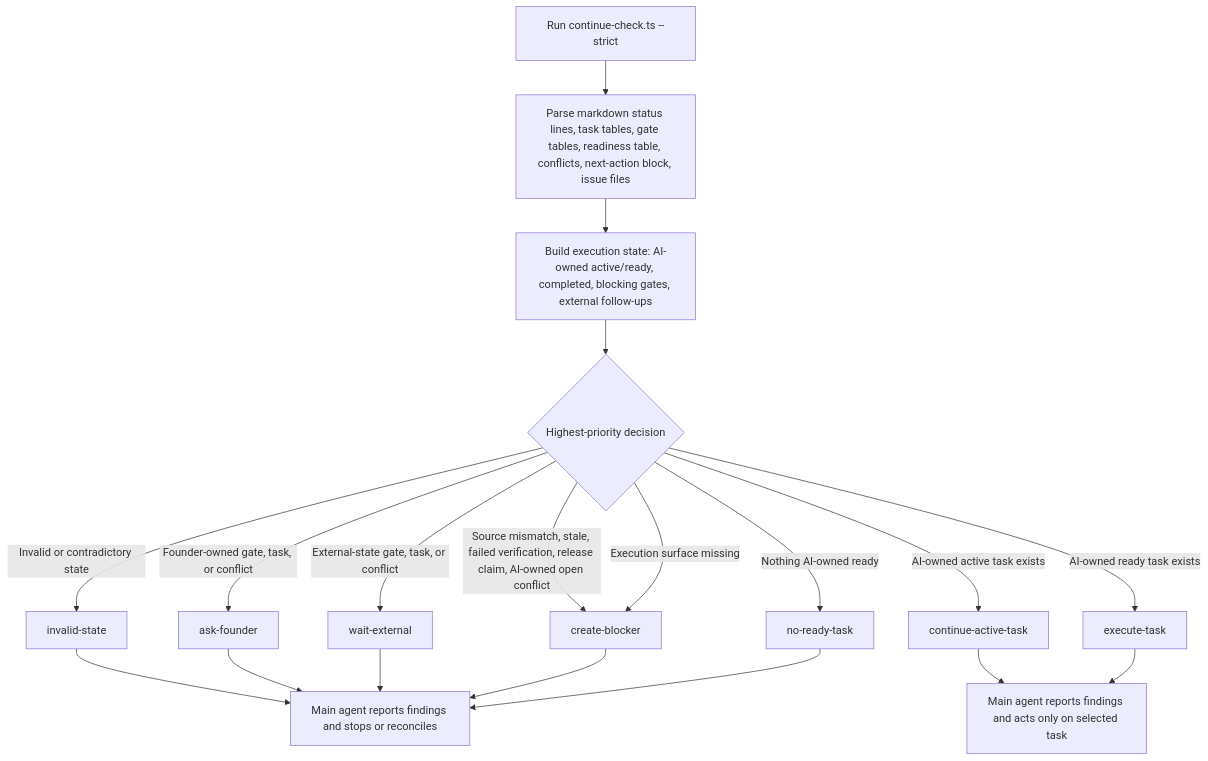
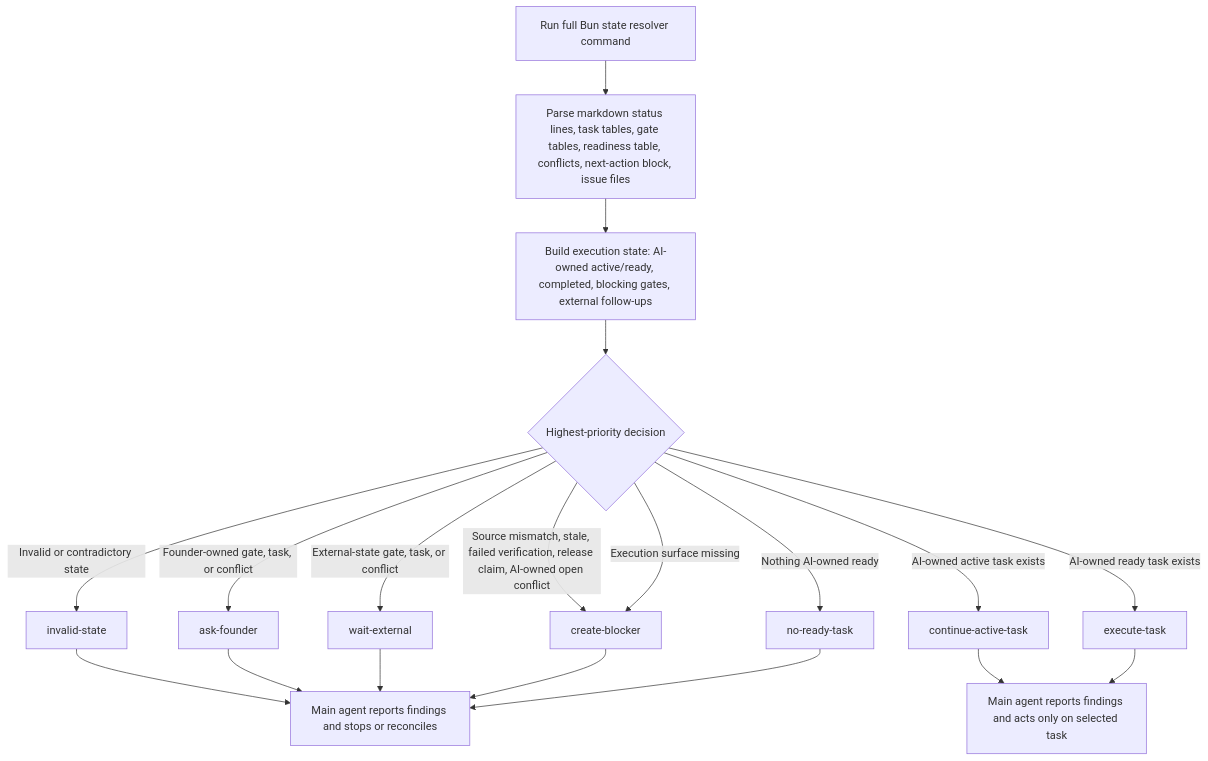
Diagram 11 of 12 in docs/agent-skills-flow-diagrams.md (pax-k/build-right), drawn with Mermaid before and after one commit. The commit also changed other lines of this file and 8 other files, not shown here.

````diff
--- a/docs/agent-skills-flow-diagrams.md
+++ b/docs/agent-skills-flow-diagrams.md
@@ -353,23 +353,23 @@
 ```mermaid
 flowchart TD
-  A["Run continue-check.ts --strict"] --> B["Parse markdown status lines, task tables, gate tables, readiness table, conflicts, next-action block, issue files"]
+  A["Run full Bun state resolver command"] --> B["Parse markdown status lines, task tables, gate tables, readiness table, conflicts, next-action block, issue files"]
   B --> C["Build execution state: AI-owned active/ready, completed, blocking gates, external follow-ups"]
   C --> D{"Highest-priority decision"}
 
   D -->|"Invalid or contradictory state"| E["invalid-state"]
   D -->|"Founder-owned gate, task, or conflict"| F["ask-founder"]
   D -->|"External-state gate, task, or conflict"| G["wait-external"]
   D -->|"Source mismatch, stale, failed verification, release claim, AI-owned open conflict"| J["create-blocker"]
   D -->|"AI-owned active task exists"| H["continue-active-task"]
   D -->|"AI-owned ready task exists"| I["execute-task"]
   D -->|"Execution surface missing"| J
   D -->|"Nothing AI-owned ready"| K["no-ready-task"]
 
   E --> L["Main agent reports findings and stops or reconciles"]
   F --> L
   G --> L
   H --> M["Main agent reports findings and acts only on selected task"]
   I --> M
   J --> L
   K --> L
 ```
````
